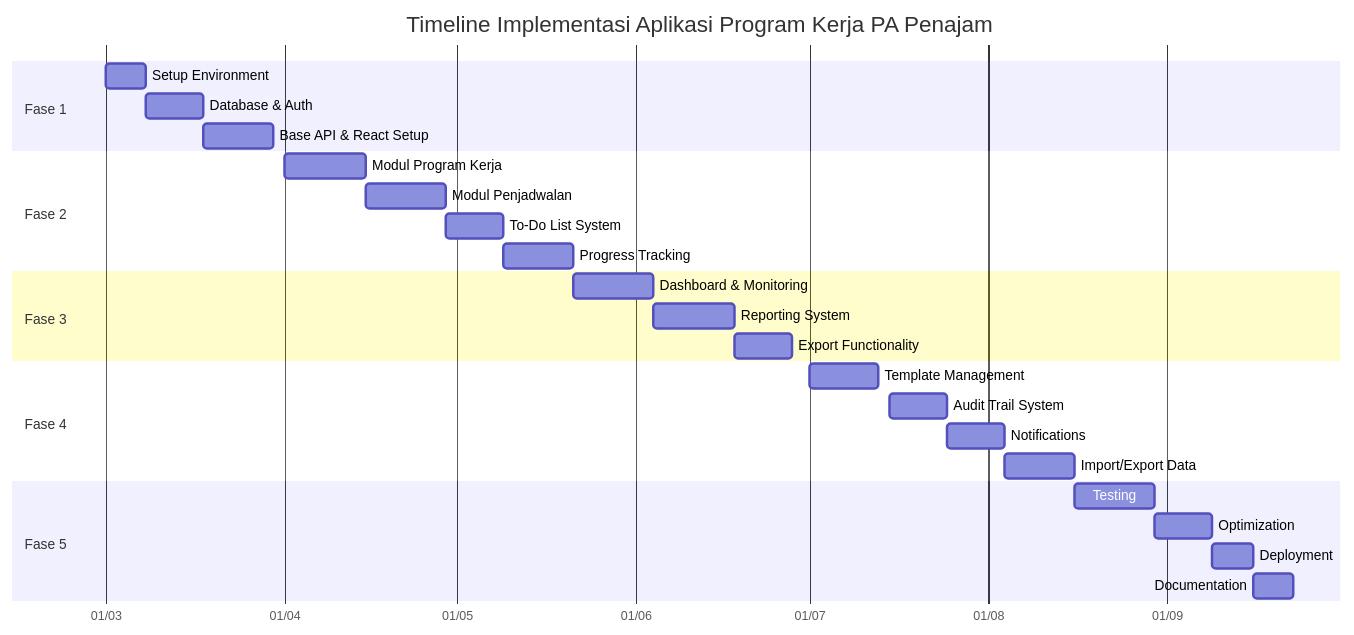
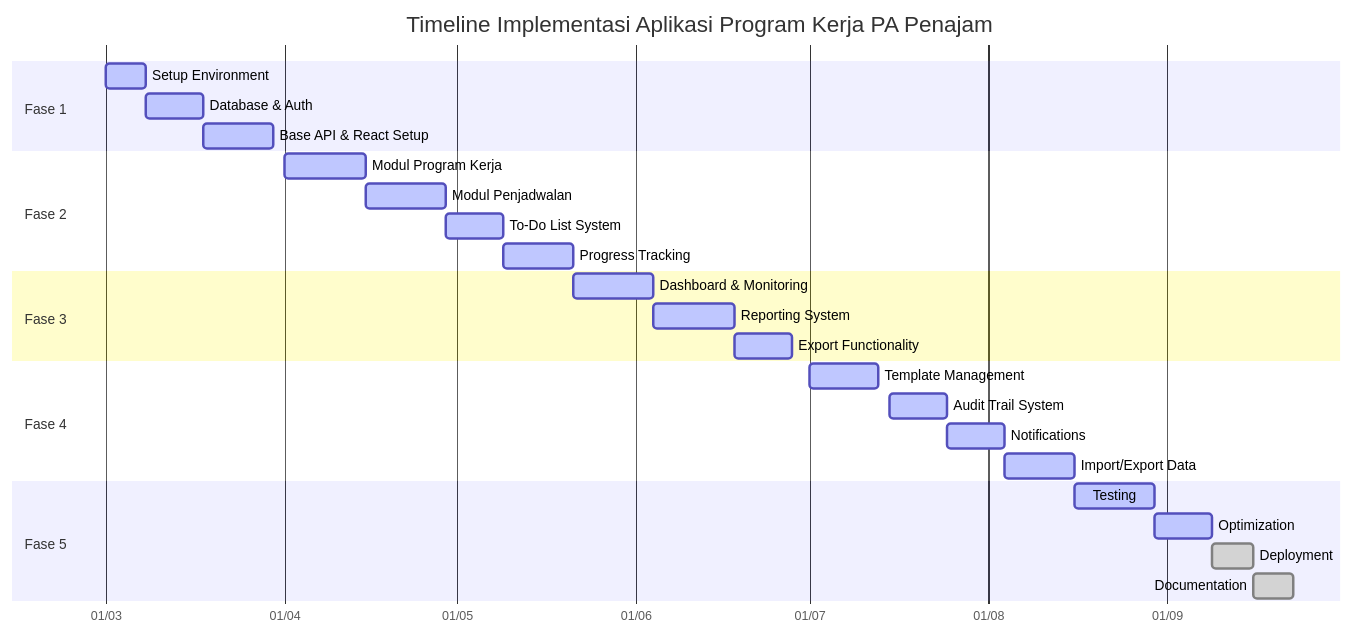
Before and after one commit to moohard/Program_Kerja: the diagram in Rancangan/Rencana_implementasi_updated.md, drawn with Mermaid. The commit also changed other lines of this file and 12 other files, not shown here.

````diff
--- a/Rancangan/Rencana_implementasi_updated.md
+++ b/Rancangan/Rencana_implementasi_updated.md
@@ -4,34 +4,34 @@
 ```mermaid
 gantt
     title Timeline Implementasi Aplikasi Program Kerja PA Penajam
     dateFormat  YYYY-MM-DD
     axisFormat %d/%m
     
     section Fase 1
-    Setup Environment           :2024-03-01, 7d
-    Database & Auth             :2024-03-08, 10d
-    Base API & React Setup      :2024-03-18, 12d
+    Setup Environment           :active, 2024-03-01, 7d
+    Database & Auth             :active, 2024-03-08, 10d
+    Base API & React Setup      :active, 2024-03-18, 12d
 
     section Fase 2
-    Modul Program Kerja         :2024-04-01, 14d
-    Modul Penjadwalan           :2024-04-15, 14d
-    To-Do List System           :2024-04-29, 10d
-    Progress Tracking           :2024-05-09, 12d
+    Modul Program Kerja         :active, 2024-04-01, 14d
+    Modul Penjadwalan           :active, 2024-04-15, 14d
+    To-Do List System           :active, 2024-04-29, 10d
+    Progress Tracking           :active, 2024-05-09, 12d
 
     section Fase 3
-    Dashboard & Monitoring      :2024-05-21, 14d
-    Reporting System            :2024-06-04, 14d
-    Export Functionality        :2024-06-18, 10d
+    Dashboard & Monitoring      :active, 2024-05-21, 14d
+    Reporting System            :active, 2024-06-04, 14d
+    Export Functionality        :active, 2024-06-18, 10d
 
     section Fase 4
-    Template Management         :2024-07-01, 12d
-    Audit Trail System          :2024-07-15, 10d
-    Notifications               :2024-07-25, 10d
-    Import/Export Data          :2024-08-04, 12d
+    Template Management         :active, 2024-07-01, 12d
+    Audit Trail System          :active, 2024-07-15, 10d
+    Notifications               :active, 2024-07-25, 10d
+    Import/Export Data          :active, 2024-08-04, 12d
 
     section Fase 5
-    Testing                     :2024-08-16, 14d
-    Optimization                :2024-08-30, 10d
-    Deployment                  :2024-09-09, 7d
-    Documentation               :2024-09-16, 7d
+    Testing                     :active, 2024-08-16, 14d
+    Optimization                :active, 2024-08-30, 10d
+    Deployment                  :done, 2024-09-09, 7d
+    Documentation               :done, 2024-09-16, 7d
 ```
````
